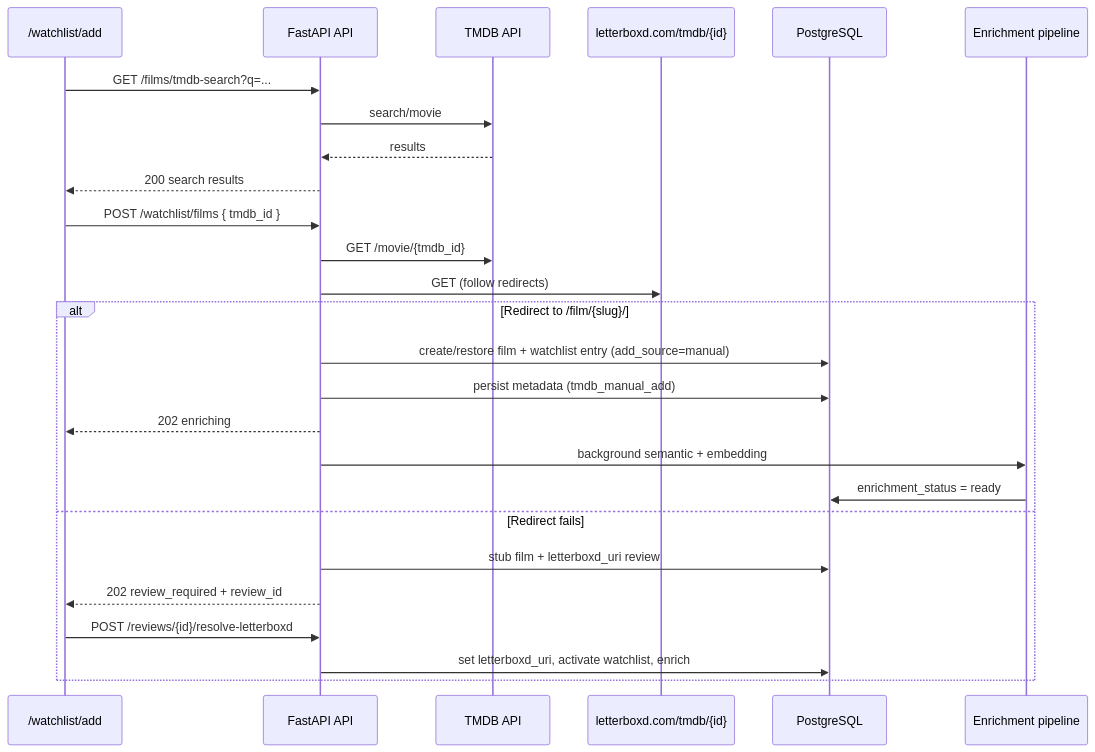
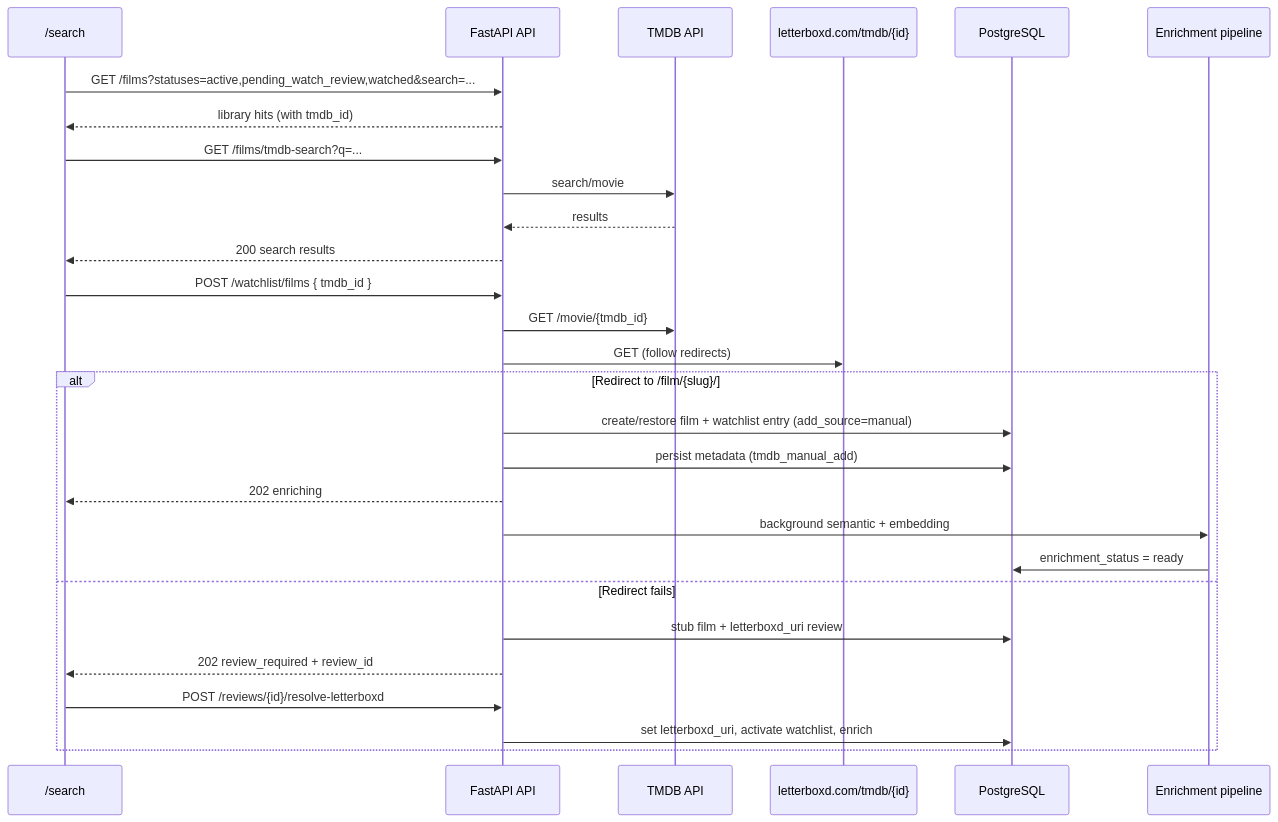
One commit to BlackLodgeLabs/cuebox changed diagram 13 of 13 in documents/sequence-diagrams.md. Above: the diagram before and after it, drawn with Mermaid. The commit also changed other lines of this file and 2 other files, not shown here.

Commit message:
fix(search): cleanup picker unit tests; update sequence diagram

````diff
--- a/documents/sequence-diagrams.md
+++ b/documents/sequence-diagrams.md
@@ -598,30 +598,32 @@
 ```mermaid
 sequenceDiagram
-    participant UI as /watchlist/add
+    participant UI as /search
     participant API as FastAPI API
     participant TMDB as TMDB API
     participant LB as letterboxd.com/tmdb/{id}
     participant DB as PostgreSQL
     participant Pipe as Enrichment pipeline
 
+    UI->>API: GET /films?statuses=active,pending_watch_review,watched&search=...
+    API-->>UI: library hits (with tmdb_id)
     UI->>API: GET /films/tmdb-search?q=...
     API->>TMDB: search/movie
     TMDB-->>API: results
     API-->>UI: 200 search results
 
     UI->>API: POST /watchlist/films { tmdb_id }
     API->>TMDB: GET /movie/{tmdb_id}
     API->>LB: GET (follow redirects)
     alt Redirect to /film/{slug}/
         API->>DB: create/restore film + watchlist entry (add_source=manual)
         API->>DB: persist metadata (tmdb_manual_add)
         API-->>UI: 202 enriching
         API->>Pipe: background semantic + embedding
         Pipe->>DB: enrichment_status = ready
     else Redirect fails
         API->>DB: stub film + letterboxd_uri review
         API-->>UI: 202 review_required + review_id
         UI->>API: POST /reviews/{id}/resolve-letterboxd
         API->>DB: set letterboxd_uri, activate watchlist, enrich
     end
 ```
````
